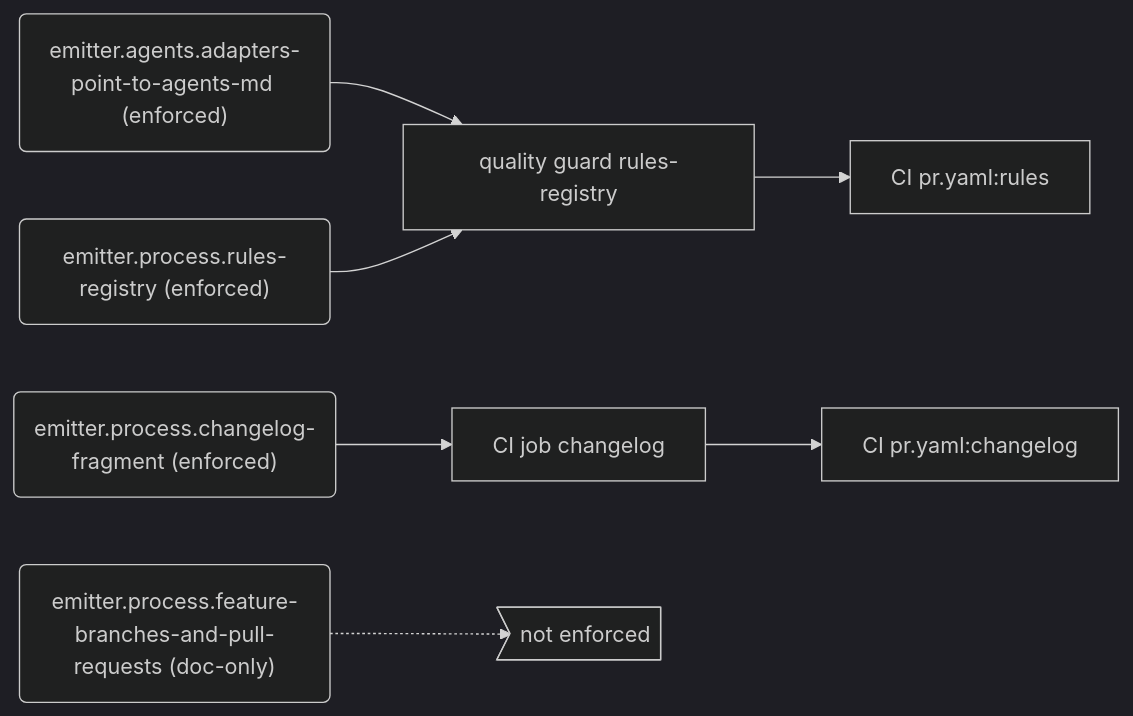
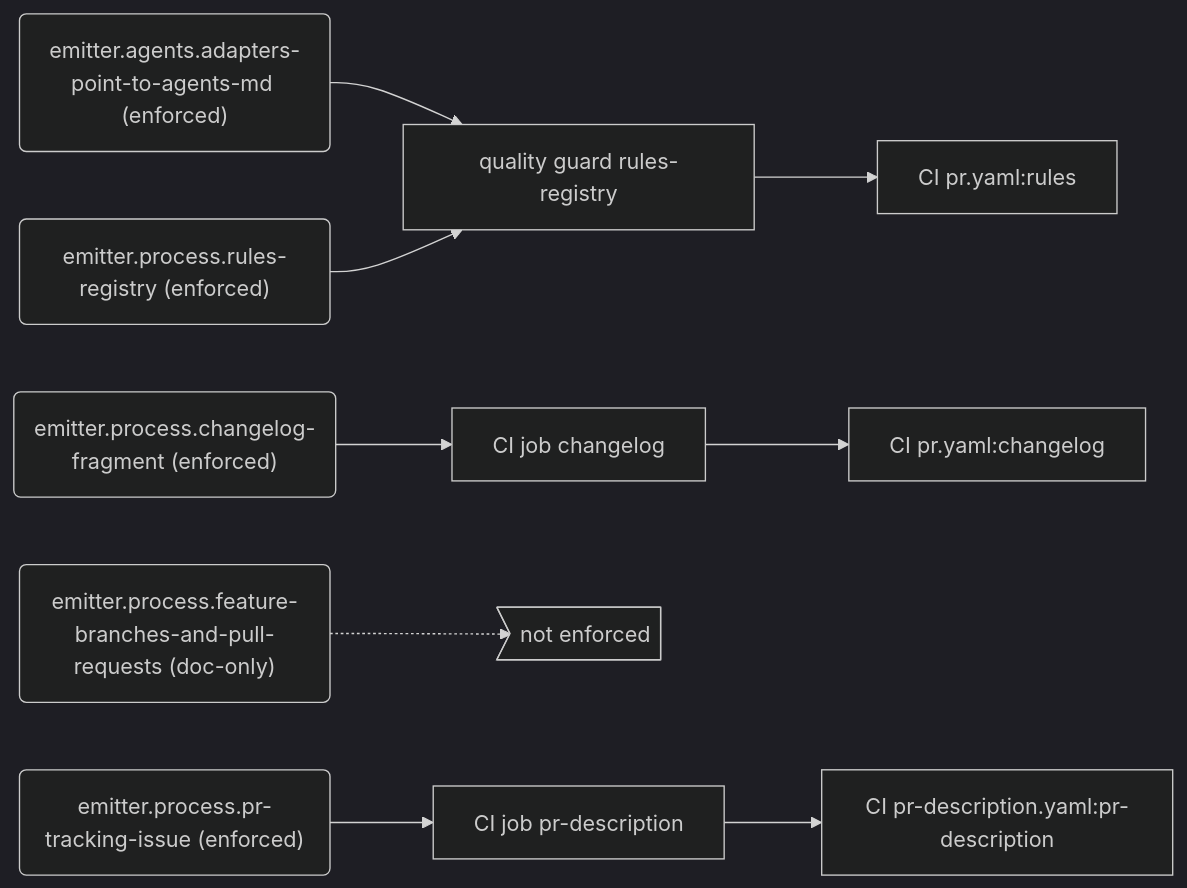
One commit to PolicyEngine/local-services changed the ninth of 9 diagrams in docs/generated/rules.md. Above: the diagram before and after it, drawn with Mermaid (dark theme). The commit also changed other lines of this file and 5 other files, not shown here.

First line of the commit message:
Check that each pull request into main names its tracking issue

````diff
--- a/docs/generated/rules.md
+++ b/docs/generated/rules.md
@@ -360,18 +362,23 @@
 ```mermaid
 flowchart LR
   r_emitter_agents_adapters_point_to_agents_md("emitter.agents.adapters-point-to-agents-md (enforced)")
   e_quality_guard_rules_registry["quality guard rules-registry"]
   j_CI_pr_yaml_rules["CI pr.yaml:rules"]
   r_emitter_process_changelog_fragment("emitter.process.changelog-fragment (enforced)")
   e_CI_job_changelog["CI job changelog"]
   j_CI_pr_yaml_changelog["CI pr.yaml:changelog"]
   r_emitter_process_feature_branches_and_pull_requests("emitter.process.feature-branches-and-pull-requests (doc-only)")
   gap_unenforced>"not enforced"]
+  r_emitter_process_pr_tracking_issue("emitter.process.pr-tracking-issue (enforced)")
+  e_CI_job_pr_description["CI job pr-description"]
+  j_CI_pr_description_yaml_pr_description["CI pr-description.yaml:pr-description"]
   r_emitter_process_rules_registry("emitter.process.rules-registry (enforced)")
   r_emitter_agents_adapters_point_to_agents_md --> e_quality_guard_rules_registry
   e_quality_guard_rules_registry --> j_CI_pr_yaml_rules
   r_emitter_process_changelog_fragment --> e_CI_job_changelog
   e_CI_job_changelog --> j_CI_pr_yaml_changelog
   r_emitter_process_feature_branches_and_pull_requests -.-> gap_unenforced
+  r_emitter_process_pr_tracking_issue --> e_CI_job_pr_description
+  e_CI_job_pr_description --> j_CI_pr_description_yaml_pr_description
   r_emitter_process_rules_registry --> e_quality_guard_rules_registry
 ```
````
